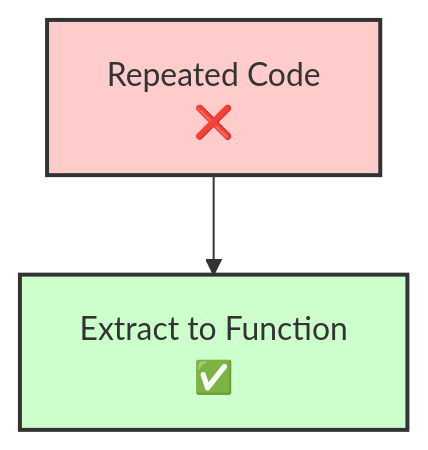
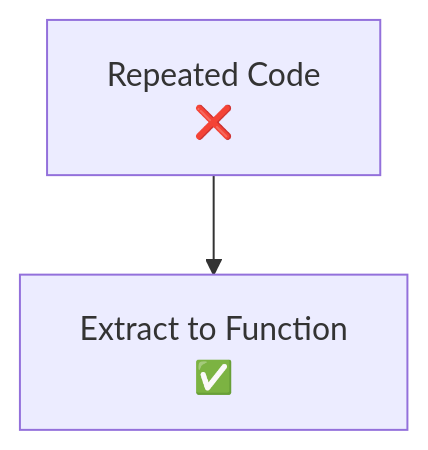
One commit to AhmeDiaaU/PythonDocumentation changed the seventh of 9 diagrams in Functions/Closure.md. Above: the diagram before and after it, drawn with Mermaid. The commit also changed other lines of this file, not shown here.

````diff
--- a/Functions/Closure.md
+++ b/Functions/Closure.md
@@ -360,11 +178,4 @@
 ```mermaid
-
 flowchart TD
-
-    A["Repeated Code<br>❌"] --> B["Extract to Function<br>✅"]
-
-    style A fill:#ffcccc,stroke:#333,stroke-width:2px
-
-    style B fill:#ccffcc,stroke:#333,stroke-width:2px
-
+    A["Repeated Code<br>❌"] --> B["Extract to Function<br>✅"]
 ```
````
